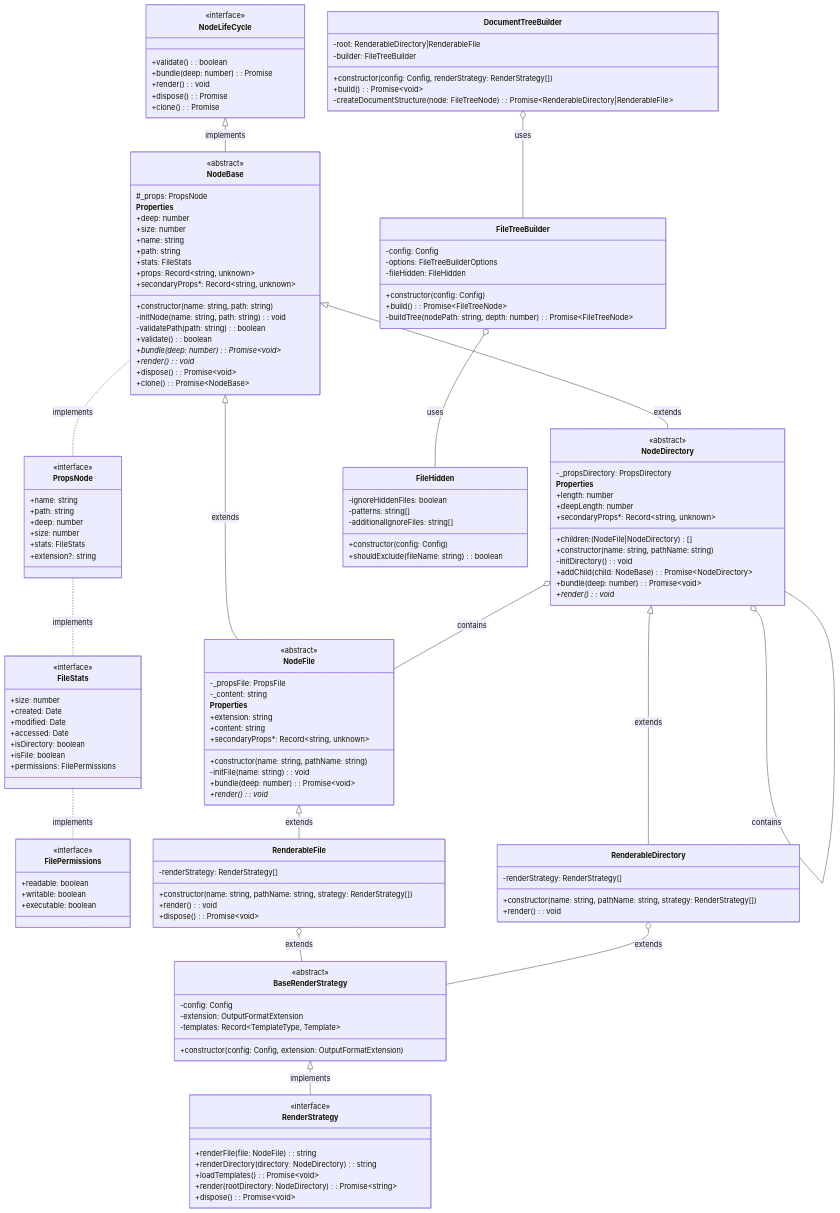
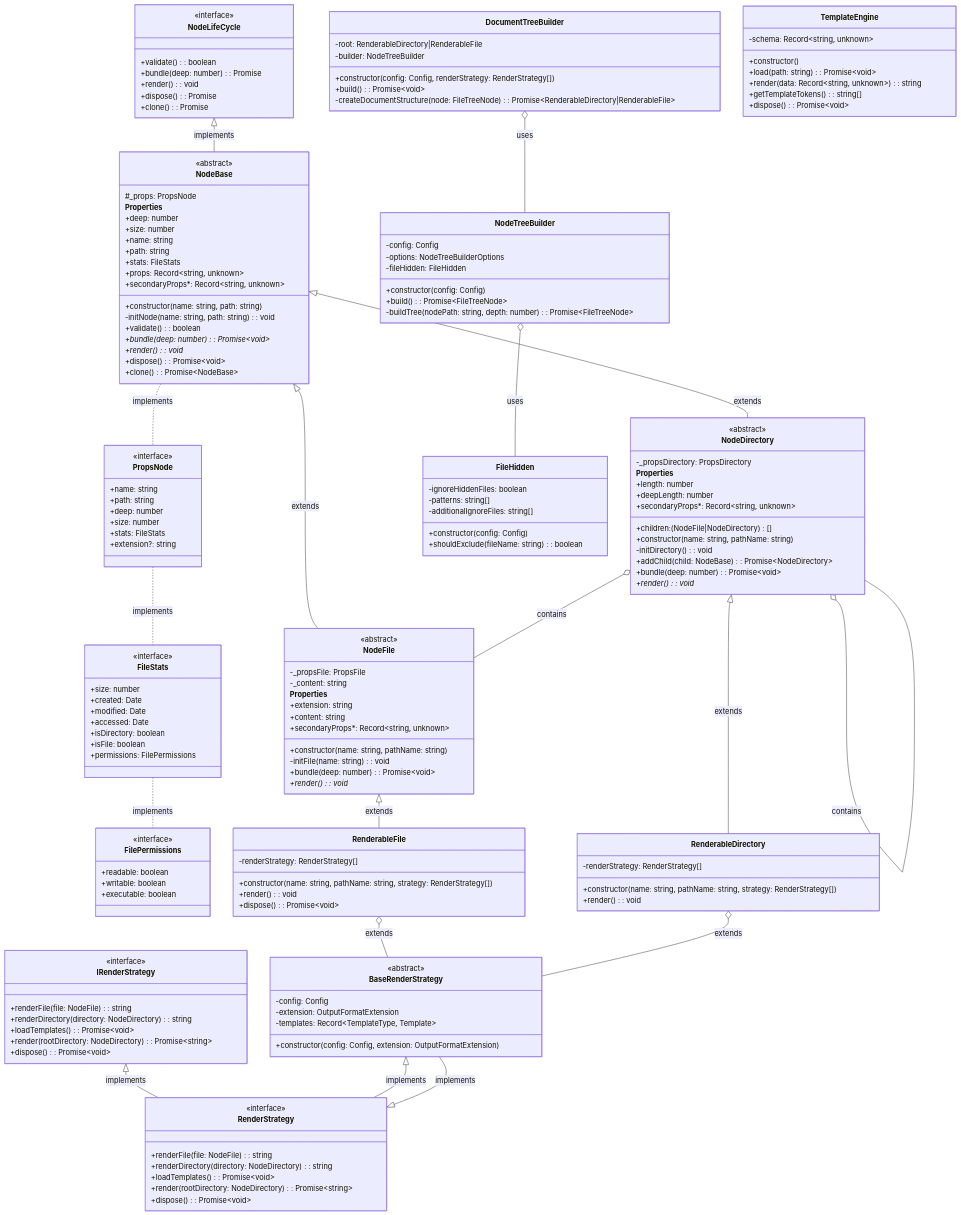
The first of 3 diagrams in documentation/DETAILED_CLASS_DIAGRAMS_AND_COMPONENT_LIFECYCLE.md (aminesayagh/Code-Wrangler), drawn with Mermaid before and after one commit. The commit also changed 39 other files, not shown here.

```diff
--- a/documentation/DETAILED_CLASS_DIAGRAMS_AND_COMPONENT_LIFECYCLE.md
+++ b/documentation/DETAILED_CLASS_DIAGRAMS_AND_COMPONENT_LIFECYCLE.md
@@ -57,7 +57,6 @@
         #_props: PropsNode
         +constructor(name: string, path: string)
         -initNode(name: string, path: string): void
-        -validatePath(path: string): boolean
         +validate(): boolean
         +bundle(deep: number)*: Promise~void~
         +render()*: void
@@ -116,30 +115,51 @@
         +dispose(): Promise~void~
     }
 
-    %% Builder Classes
-    class DocumentTreeBuilder {
-        -root: RenderableDirectory|RenderableFile
-        -builder: FileTreeBuilder
-        +constructor(config: Config, renderStrategy: RenderStrategy[])
-        +build(): Promise~void~
-        -createDocumentStructure(node: FileTreeNode): Promise~RenderableDirectory|RenderableFile~
-    }
-
-    class FileTreeBuilder {
+    %% Tree Builder
+    class NodeTreeBuilder {
         -config: Config
-        -options: FileTreeBuilderOptions
+        -options: NodeTreeBuilderOptions
         -fileHidden: FileHidden
         +constructor(config: Config)
         +build(): Promise~FileTreeNode~
         -buildTree(nodePath: string, depth: number): Promise~FileTreeNode~
     }
 
+    class DocumentTreeBuilder {
+        -root: RenderableDirectory|RenderableFile
+        -builder: NodeTreeBuilder
+        +constructor(config: Config, renderStrategy: RenderStrategy[])
+        +build(): Promise~void~
+        -createDocumentStructure(node: FileTreeNode): Promise~RenderableDirectory|RenderableFile~
+    }
+
+    %% Template Engine
+    class TemplateEngine {
+        -schema: Record~string, unknown~
+        +constructor()
+        +load(path: string): Promise~void~
+        +render(data: Record~string, unknown~): string
+        +getTemplateTokens(): string[]
+        +dispose(): Promise~void~
+    }
+
+    %% Hidden Files Filter
     class FileHidden {
         -ignoreHiddenFiles: boolean
         -patterns: string[]
         -additionalIgnoreFiles: string[]
         +constructor(config: Config)
         +shouldExclude(fileName: string): boolean
+    }
+
+    %% Render Strategy
+    class IRenderStrategy {
+        <<interface>>
+        +renderFile(file: NodeFile): string
+        +renderDirectory(directory: NodeDirectory): string
+        +loadTemplates(): Promise~void~
+        +render(rootDirectory: NodeDirectory): Promise~string~
+        +dispose(): Promise~void~
     }
 
     class BaseRenderStrategy {
@@ -159,9 +179,11 @@
     NodeBase .. PropsNode: implements
     PropsNode .. FileStats: implements
     FileStats .. FilePermissions: implements
-    FileTreeBuilder o-- FileHidden: uses
-    DocumentTreeBuilder o-- FileTreeBuilder: uses
+    NodeTreeBuilder o-- FileHidden: uses
+    DocumentTreeBuilder o-- NodeTreeBuilder: uses
     RenderableFile o-- BaseRenderStrategy: extends
+    RenderStrategy <|-- BaseRenderStrategy: implements
+    IRenderStrategy <|-- RenderStrategy: implements
     RenderableDirectory o-- BaseRenderStrategy: extends
     BaseRenderStrategy <|-- RenderStrategy: implements
     NodeDirectory o-- NodeFile: contains
```
